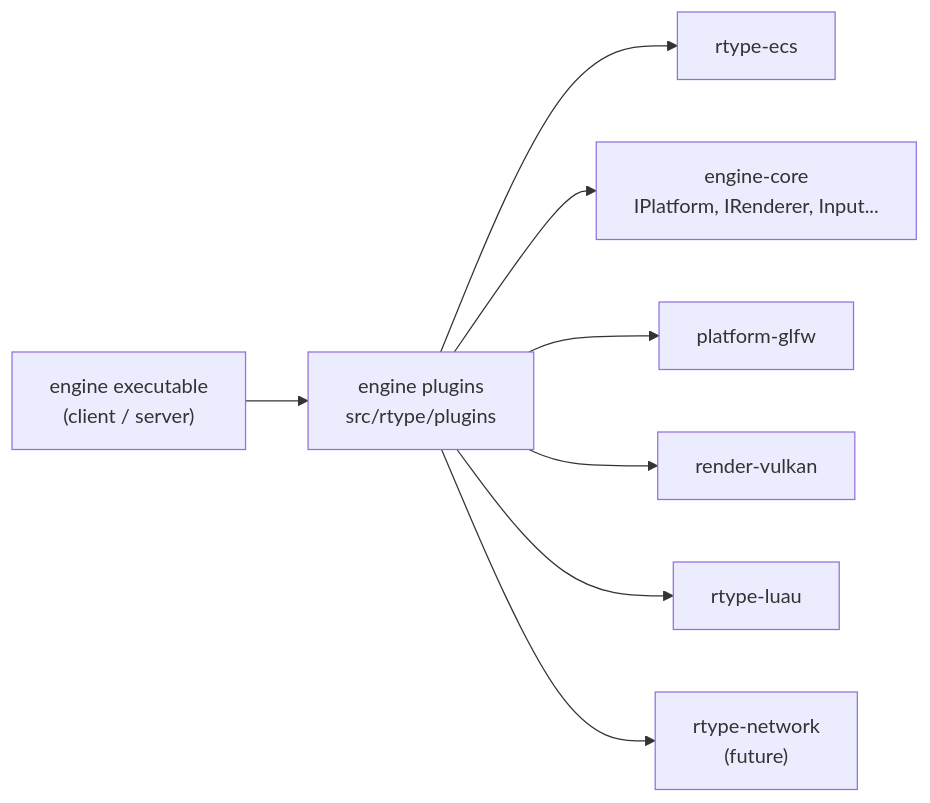
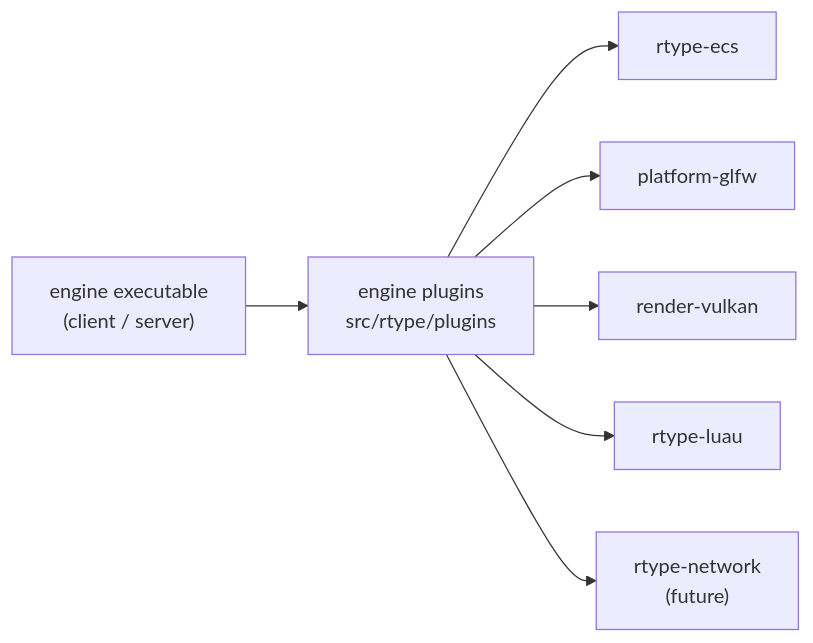
The second of 13 diagrams in docs/ecs/design.md (Charles-Mahoudeau/rtype), drawn with Mermaid before and after one commit. The commit also changed other lines of this file and 8 other files, not shown here.

First line of the commit message:
docs: point the backend, input and design docs at plugins/backend

````diff
--- a/docs/ecs/design.md
+++ b/docs/ecs/design.md
@@ -104,10 +104,9 @@
 ```mermaid
 flowchart LR
     engine["engine executable<br/>(client / server)"] --> plugins["engine plugins<br/>src/rtype/plugins"]
     plugins --> ecs["rtype-ecs"]
-    plugins --> core["engine-core<br/>IPlatform, IRenderer, Input..."]
     plugins --> glfw["platform-glfw"]
     plugins --> vulkan["render-vulkan"]
     plugins --> luau["rtype-luau"]
     plugins --> network["rtype-network<br/>(future)"]
 ```
````
